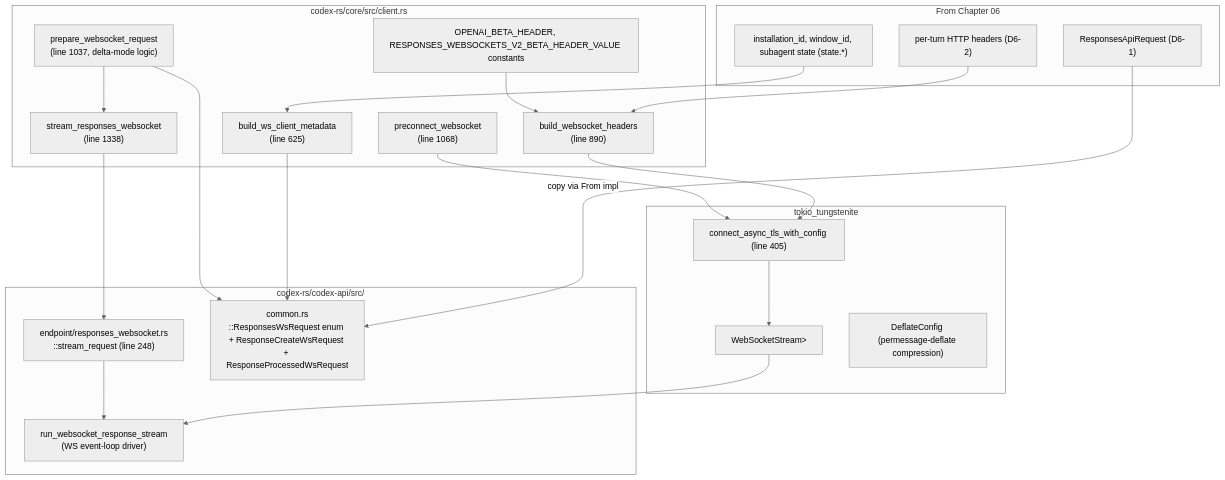
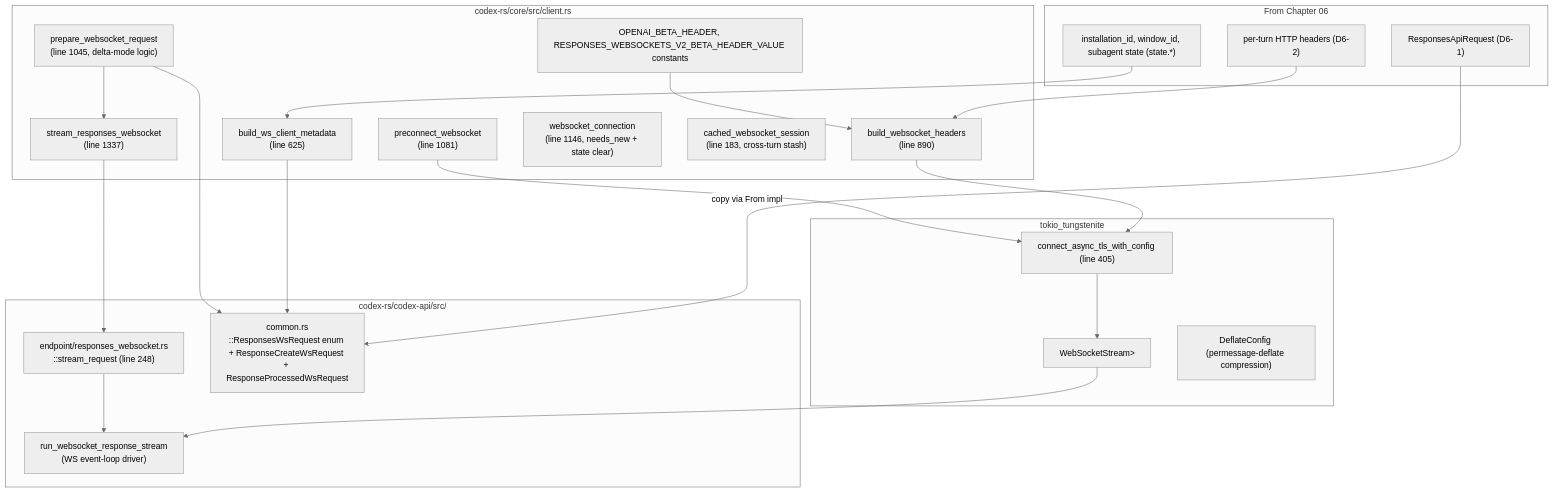
One commit to Raw1mage/opencms changed the diagram in specs/codex/cli-reversed-spec/chapters/08-transport-websocket.md. Above: the diagram before and after it, drawn with Mermaid (neutral theme). The commit also changed other lines of this file and 1 other file, not shown here.

````diff
--- a/specs/codex/cli-reversed-spec/chapters/08-transport-websocket.md
+++ b/specs/codex/cli-reversed-spec/chapters/08-transport-websocket.md
@@ -19,43 +19,45 @@
 ```mermaid
 graph TB
   subgraph CodexApi["codex-rs/codex-api/src/"]
     ws_ep["endpoint/responses_websocket.rs<br/>::stream_request (line 248)"]
     ws_run["run_websocket_response_stream<br/>(WS event-loop driver)"]
     common["common.rs<br/>::ResponsesWsRequest enum + ResponseCreateWsRequest + ResponseProcessedWsRequest"]
   end
 
   subgraph CoreClient["codex-rs/core/src/client.rs"]
     bld_ws_hdrs["build_websocket_headers<br/>(line 890)"]
     bld_ws_meta["build_ws_client_metadata<br/>(line 625)"]
-    prepare_ws["prepare_websocket_request<br/>(line 1037, delta-mode logic)"]
-    stream_ws["stream_responses_websocket<br/>(line 1338)"]
-    preconnect["preconnect_websocket<br/>(line 1068)"]
+    prepare_ws["prepare_websocket_request<br/>(line 1045, delta-mode logic)"]
+    stream_ws["stream_responses_websocket<br/>(line 1337)"]
+    preconnect["preconnect_websocket<br/>(line 1081)"]
+    ws_reconnect["websocket_connection<br/>(line 1146, needs_new + state clear)"]
+    cached_ws["cached_websocket_session<br/>(line 183, cross-turn stash)"]
     ws_consts["OPENAI_BETA_HEADER, RESPONSES_WEBSOCKETS_V2_BETA_HEADER_VALUE constants"]
   end
 
   subgraph Tungstenite["tokio_tungstenite"]
     connect_fn["connect_async_tls_with_config (line 405)"]
     ws_stream["WebSocketStream<MaybeTlsStream<TcpStream>>"]
     deflate["DeflateConfig (permessage-deflate compression)"]
   end
 
   subgraph FromCh06["From Chapter 06"]
     req_body["ResponsesApiRequest (D6-1)"]
     req_hdrs["per-turn HTTP headers (D6-2)"]
     install_id["installation_id, window_id, subagent state (state.*)"]
   end
 
   req_body -->|copy via From impl| common
   bld_ws_meta --> common
   bld_ws_hdrs --> connect_fn
   req_hdrs --> bld_ws_hdrs
   install_id --> bld_ws_meta
   ws_consts --> bld_ws_hdrs
   connect_fn --> ws_stream
   ws_stream --> ws_run
   prepare_ws --> common
   prepare_ws --> stream_ws
   stream_ws --> ws_ep
   ws_ep --> ws_run
   preconnect --> connect_fn
 ```
````
